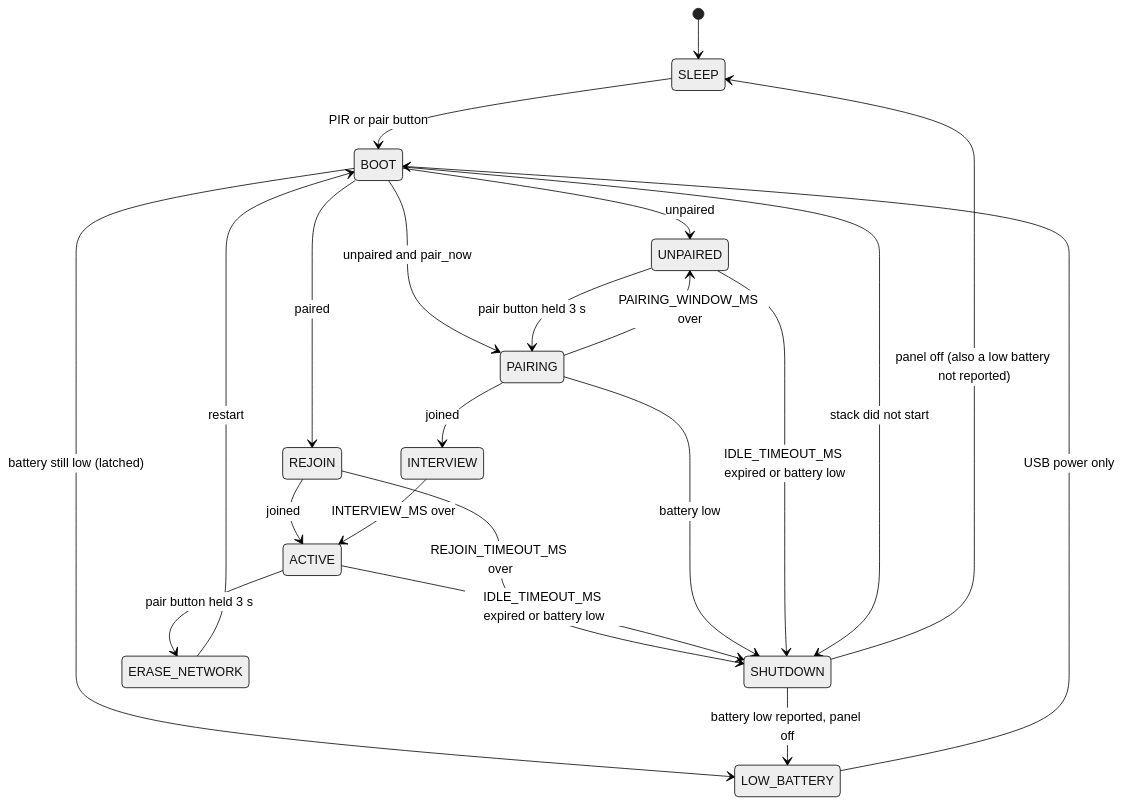
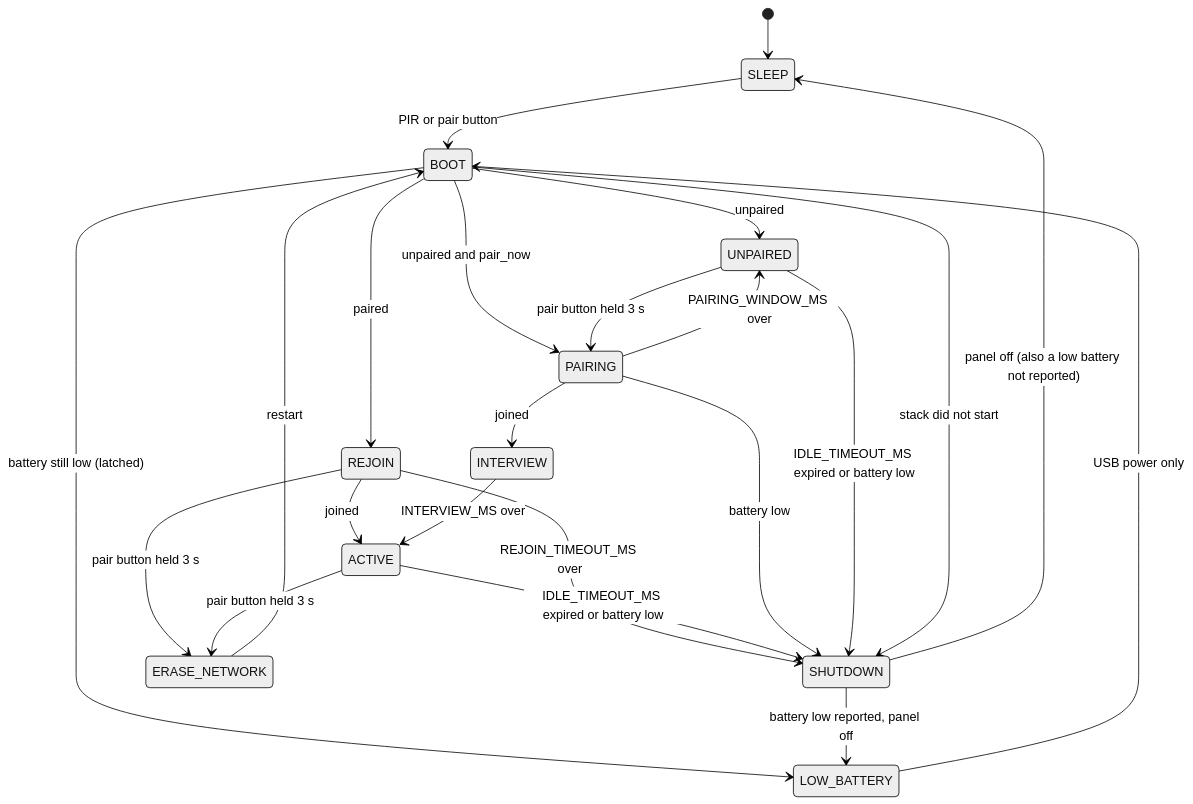
Before and after one commit to vgabor99/greenlight: the first of 2 diagrams in docs/behaviour.md, drawn with Mermaid (neutral theme). The commit also changed other lines of this file and 7 other files, not shown here.

````diff
--- a/docs/behaviour.md
+++ b/docs/behaviour.md
@@ -48,34 +48,35 @@
 ```mermaid
 stateDiagram-v2
     %% The declaration order sets the layout: paired path left, unpaired path in the middle, SHUTDOWN right.
     state BOOT
     state REJOIN
     state ACTIVE
     state ERASE_NETWORK
     state UNPAIRED
     state PAIRING
     state INTERVIEW
     state SHUTDOWN
     state LOW_BATTERY
     [*] --> SLEEP
     SLEEP --> BOOT: PIR or pair button
     BOOT --> REJOIN: paired
     BOOT --> UNPAIRED: unpaired
     BOOT --> PAIRING: unpaired and pair_now
     REJOIN --> ACTIVE: joined
     REJOIN --> SHUTDOWN: REJOIN_TIMEOUT_MS over
+    REJOIN --> ERASE_NETWORK: pair button held 3 s
     ACTIVE --> ERASE_NETWORK: pair button held 3 s
     ERASE_NETWORK --> BOOT: restart
     ACTIVE --> SHUTDOWN: IDLE_TIMEOUT_MS expired or battery low
     UNPAIRED --> PAIRING: pair button held 3 s
     PAIRING --> UNPAIRED: PAIRING_WINDOW_MS over
     PAIRING --> INTERVIEW: joined
     INTERVIEW --> ACTIVE: INTERVIEW_MS over
     PAIRING --> SHUTDOWN: battery low
     UNPAIRED --> SHUTDOWN: IDLE_TIMEOUT_MS expired or battery low
     BOOT --> SHUTDOWN: stack did not start
     BOOT --> LOW_BATTERY: battery still low (latched)
     SHUTDOWN --> LOW_BATTERY: battery low reported, panel off
     SHUTDOWN --> SLEEP: panel off (also a low battery not reported)
     LOW_BATTERY --> BOOT: USB power only
 ```
````
